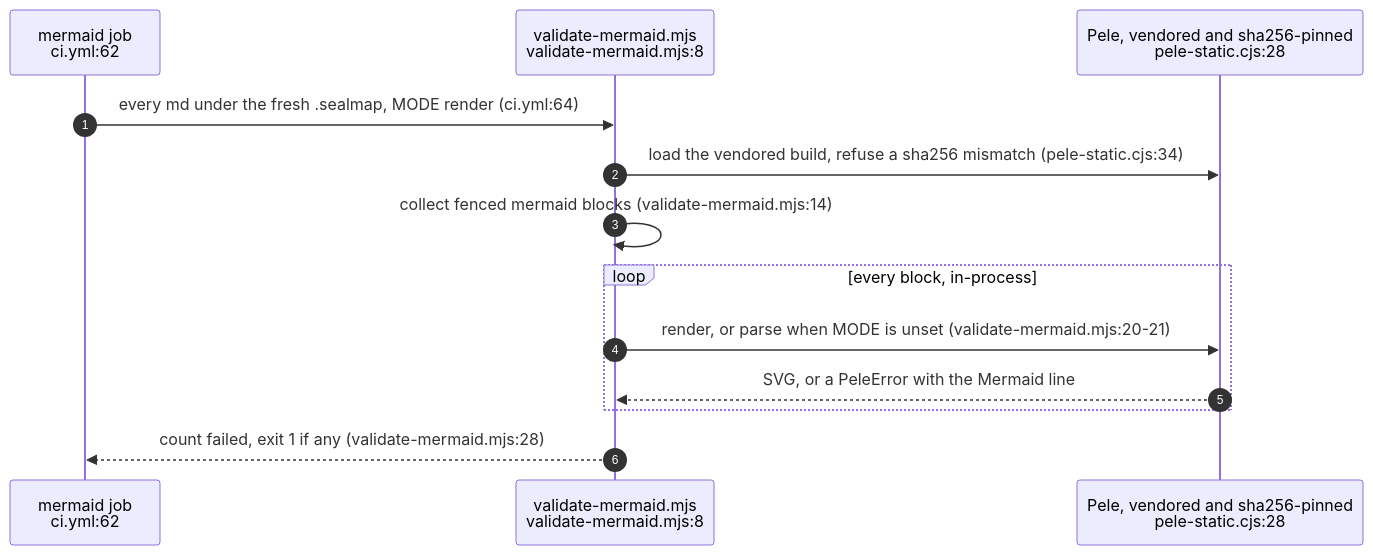
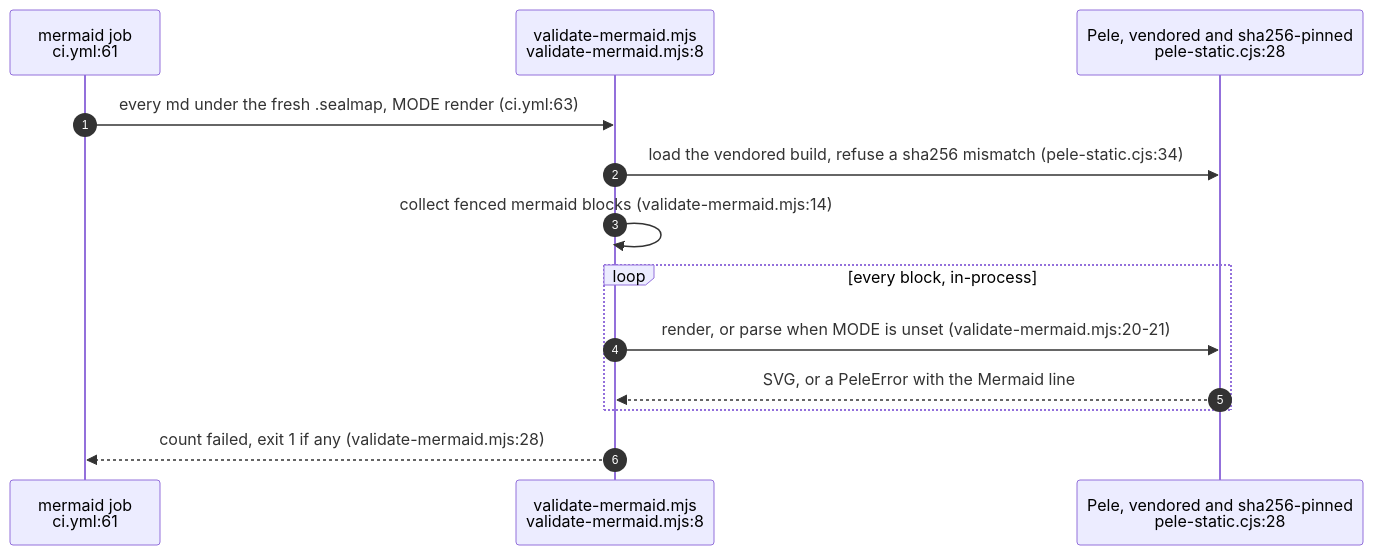
One commit to DreamLab-AI/VisionFlow changed the fifth of 5 diagrams in docs/diagrams/sealmap/19-ci-msrv-and-determinism.md. Above: the diagram before and after it, drawn with Mermaid. The commit also changed other lines of this file and 59 other files, not shown here.

First line of the commit message:
docs(diagrams): re-derive and re-stamp forum, website, pod, ontomark and sealmap topics

````diff
--- a/docs/diagrams/sealmap/19-ci-msrv-and-determinism.md
+++ b/docs/diagrams/sealmap/19-ci-msrv-and-determinism.md
@@ -246,15 +244,15 @@
 ```mermaid
 sequenceDiagram
     autonumber
-    participant CI as mermaid job<br/>ci.yml:62
+    participant CI as mermaid job<br/>ci.yml:61
     participant VM as validate-mermaid.mjs<br/>validate-mermaid.mjs:8
     participant PL as Pele, vendored and sha256-pinned<br/>pele-static.cjs:28
-    CI->>VM: every md under the fresh .sealmap, MODE render (ci.yml:64)
+    CI->>VM: every md under the fresh .sealmap, MODE render (ci.yml:63)
     VM->>PL: load the vendored build, refuse a sha256 mismatch (pele-static.cjs:34)
     VM->>VM: collect fenced mermaid blocks (validate-mermaid.mjs:14)
     loop every block, in-process
         VM->>PL: render, or parse when MODE is unset (validate-mermaid.mjs:20-21)
         PL-->>VM: SVG, or a PeleError with the Mermaid line
     end
     VM-->>CI: count failed, exit 1 if any (validate-mermaid.mjs:28)
 ```
````
